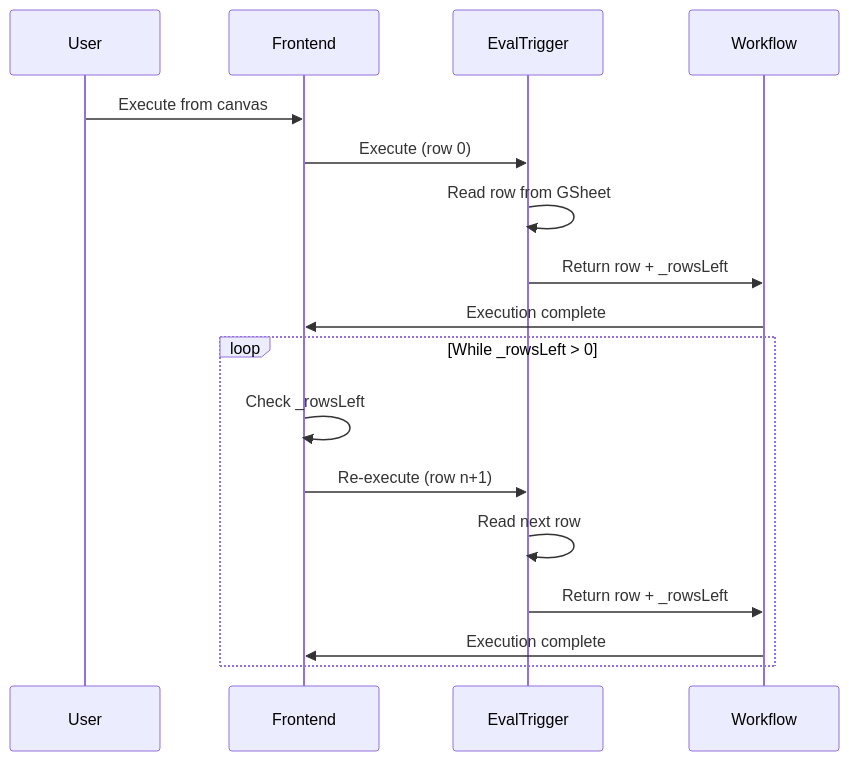
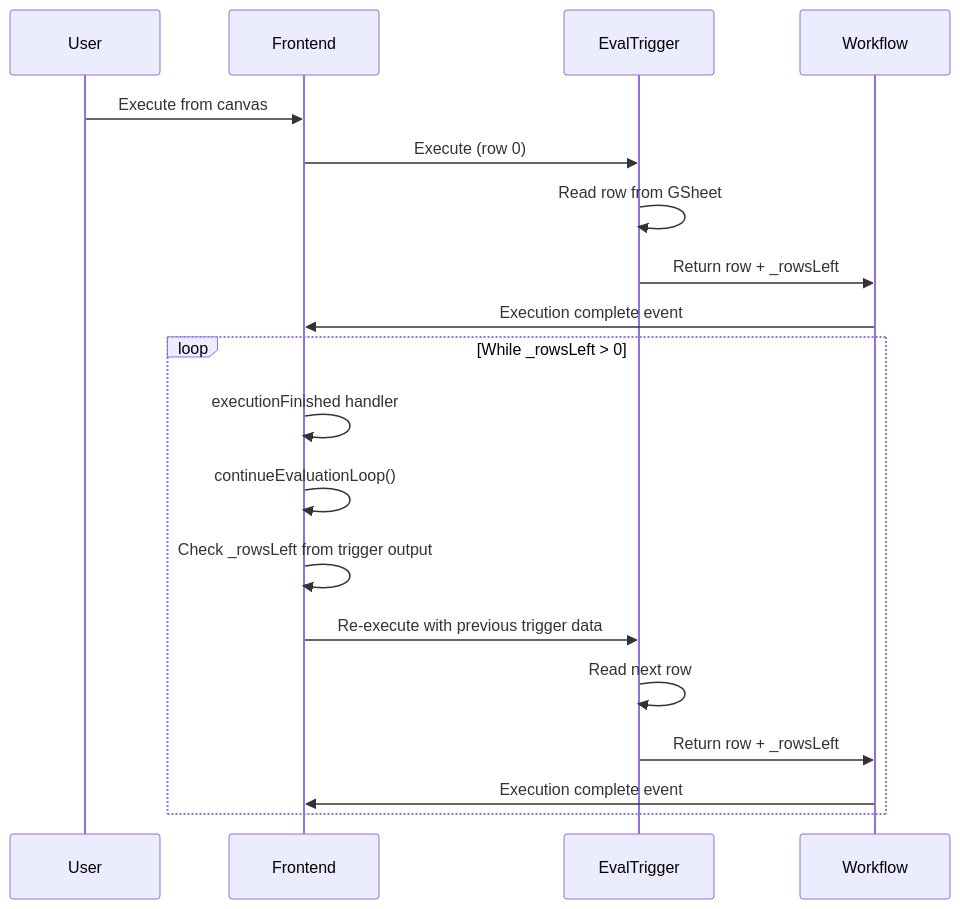
Before and after one commit to haroldlucero/n8n: the first of 3 diagrams in docs/architecture/evaluation.md, drawn with Mermaid. The commit also changed other lines of this file, not shown here.

Commit message:
docs: iterate on evaluation.md

````diff
--- a/docs/architecture/evaluation.md
+++ b/docs/architecture/evaluation.md
@@ -13,21 +13,23 @@
 ```mermaid
 sequenceDiagram
     participant User
     participant Frontend
     participant EvalTrigger
     participant Workflow
 
     User->>Frontend: Execute from canvas
     Frontend->>EvalTrigger: Execute (row 0)
     EvalTrigger->>EvalTrigger: Read row from GSheet
     EvalTrigger->>Workflow: Return row + _rowsLeft
-    Workflow->>Frontend: Execution complete
+    Workflow->>Frontend: Execution complete event
 
     loop While _rowsLeft > 0
-        Frontend->>Frontend: Check _rowsLeft
-        Frontend->>EvalTrigger: Re-execute (row n+1)
+        Frontend->>Frontend: executionFinished handler
+        Frontend->>Frontend: continueEvaluationLoop()
+        Frontend->>Frontend: Check _rowsLeft from trigger output
+        Frontend->>EvalTrigger: Re-execute with previous trigger data
         EvalTrigger->>EvalTrigger: Read next row
         EvalTrigger->>Workflow: Return row + _rowsLeft
-        Workflow->>Frontend: Execution complete
+        Workflow->>Frontend: Execution complete event
     end
 ```
````
